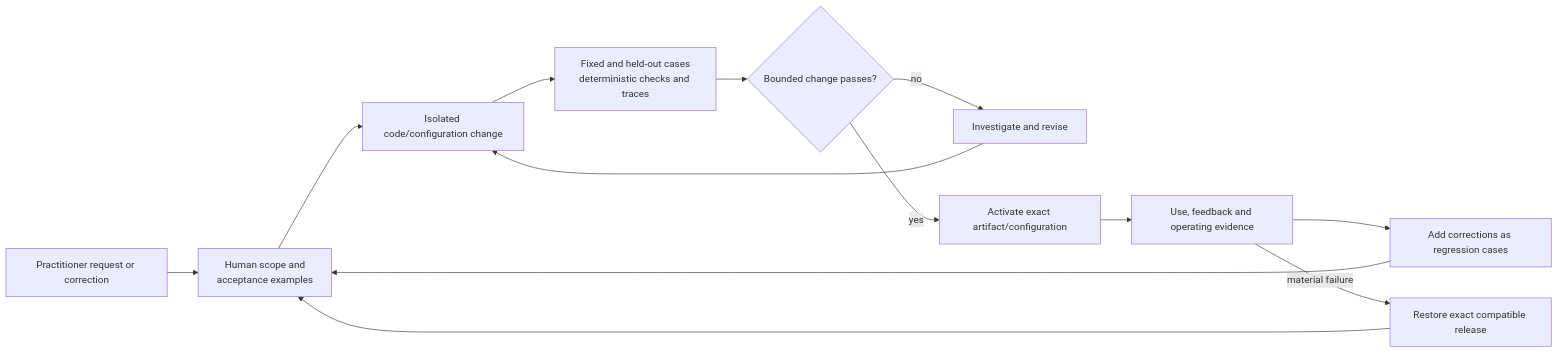
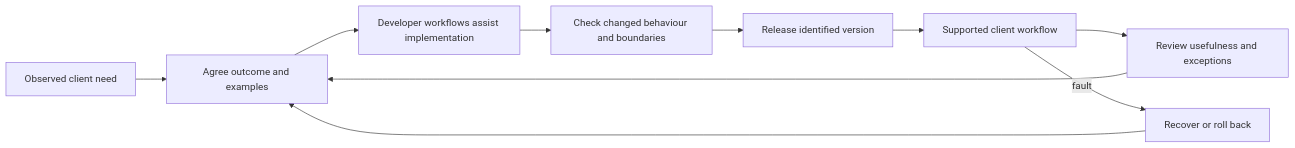
The fourth of 4 diagrams in README.md (rickhallett/oceanheart), drawn with Mermaid before and after one commit. The commit also changed other lines of this file, not shown here.

Commit message:
Frame Studio around supported client workflow delivery

````diff
--- a/README.md
+++ b/README.md
@@ -89,15 +98,12 @@
 ```mermaid
 flowchart LR
-    Need[Practitioner request or correction] --> Scope[Human scope and<br/>acceptance examples]
-    Scope --> Change[Isolated code/configuration change]
-    Change --> Evaluate[Fixed and held-out cases<br/>deterministic checks and traces]
-    Evaluate --> Gate{Bounded change passes?}
-    Gate -->|no| Revise[Investigate and revise]
-    Revise --> Change
-    Gate -->|yes| Activate[Activate exact artifact/configuration]
-    Activate --> Observe[Use, feedback and operating evidence]
-    Observe --> Cases[Add corrections as regression cases]
-    Cases --> Scope
-    Observe -->|material failure| Rollback[Restore exact compatible release]
-    Rollback --> Scope
+    Need[Observed client need] --> Scope[Agree outcome and examples]
+    Scope --> Develop[Developer workflows assist implementation]
+    Develop --> Check[Check changed behaviour and boundaries]
+    Check --> Release[Release identified version]
+    Release --> Delivery[Supported client workflow]
+    Delivery --> Learn[Review usefulness and exceptions]
+    Learn --> Scope
+    Delivery -->|fault| Recover[Recover or roll back]
+    Recover --> Scope
 ```
````
